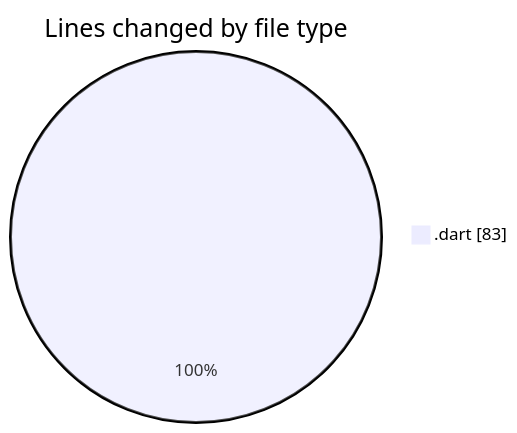
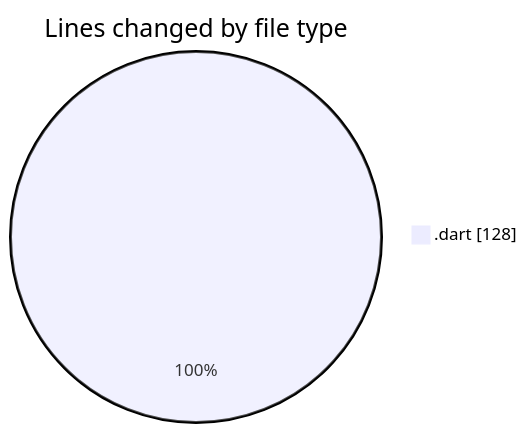
The first of 2 diagrams in 2025-02-26/drivers_app/README.md (donsfak/code-tracking), drawn with Mermaid before and after one commit. The commit also changed other lines of this file and 1 other file, not shown here.

````diff
--- a/2025-02-26/drivers_app/README.md
+++ b/2025-02-26/drivers_app/README.md
@@ -21,5 +25,5 @@
 ```mermaid
 pie showData
 title Lines changed by file type
-".dart" : 83
+".dart" : 128
 ```
````
